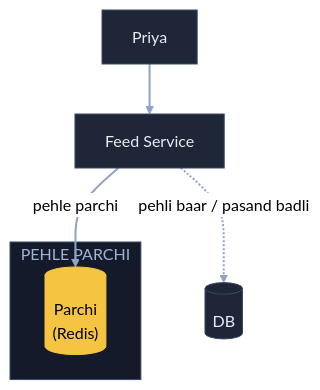
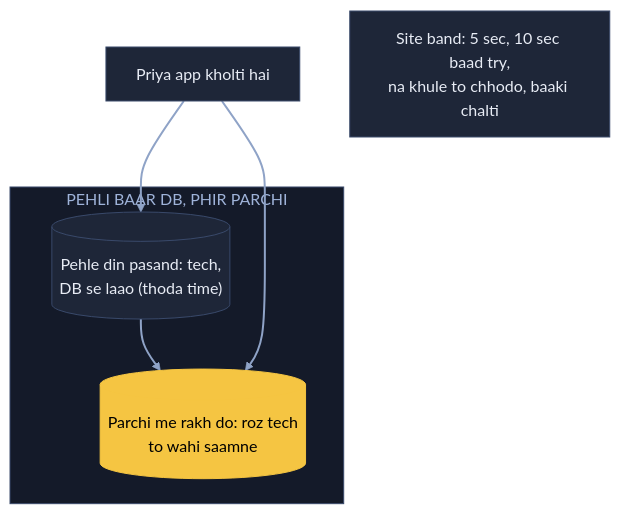
The sixth of 11 diagrams in 04_HLD/SYSTEM_DESIGNS/08_news_aggregator/08_news_aggregator.md (ArpanMaheshwari144/Prep), drawn with Mermaid (neutral theme) before and after one commit. The commit also changed other lines of this file, not shown here.

Commit message:
News: 11 diagram hand notes ke shabdon se; K6 se apna jodा timeout / circuit breaker hataya

````diff
--- a/04_HLD/SYSTEM_DESIGNS/08_news_aggregator/08_news_aggregator.md
+++ b/04_HLD/SYSTEM_DESIGNS/08_news_aggregator/08_news_aggregator.md
@@ -185,18 +187,18 @@
 ```mermaid
 flowchart TB
-    P["Priya"]:::card
-    F["Feed Service"]:::card
-    subgraph PP["PEHLE PARCHI"]
-        R[("Parchi<br/>(Redis)")]:::pill
+    P["Priya app kholti hai"]:::card
+    subgraph DP["PEHLI BAAR DB, PHIR PARCHI"]
+        D[("Pehle din pasand: tech,<br/>DB se laao (thoda time)")]:::card
+        R[("Parchi me rakh do: roz tech<br/>to wahi saamne")]:::pill
     end
-    D[("DB")]:::card
-    P --> F
-    F -- "pehle parchi" --> R
-    F -. "pehli baar / pasand badli" .-> D
+    S["Site band: 5 sec, 10 sec baad try,<br/>na khule to chhodo, baaki chalti"]:::card
+    P --> D
+    D --> R
+    P --> R
     linkStyle default stroke:#8fa3c7,stroke-width:2px
     classDef card fill:#1e2638,stroke:#3a4a6b,color:#e8ecf5
     classDef pill fill:#f5c542,stroke:#f5c542,color:#000
     classDef good fill:#2e7d4f,stroke:#3fbf6f,color:#fff
     classDef bad fill:#5c1f24,stroke:#e05561,color:#fff
-    style PP fill:#141a29,stroke:#3a4a6b,color:#9fb3d9
+    style DP fill:#141a29,stroke:#3a4a6b,color:#9fb3d9
 ```
````
